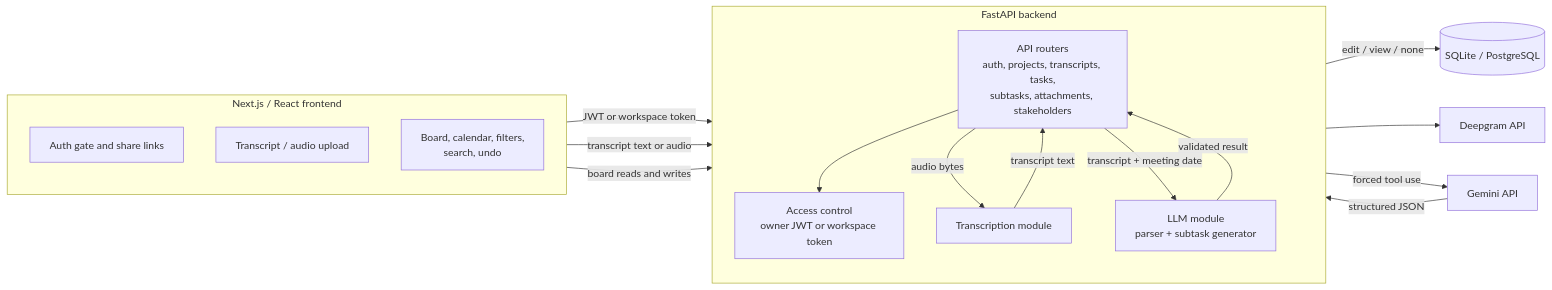
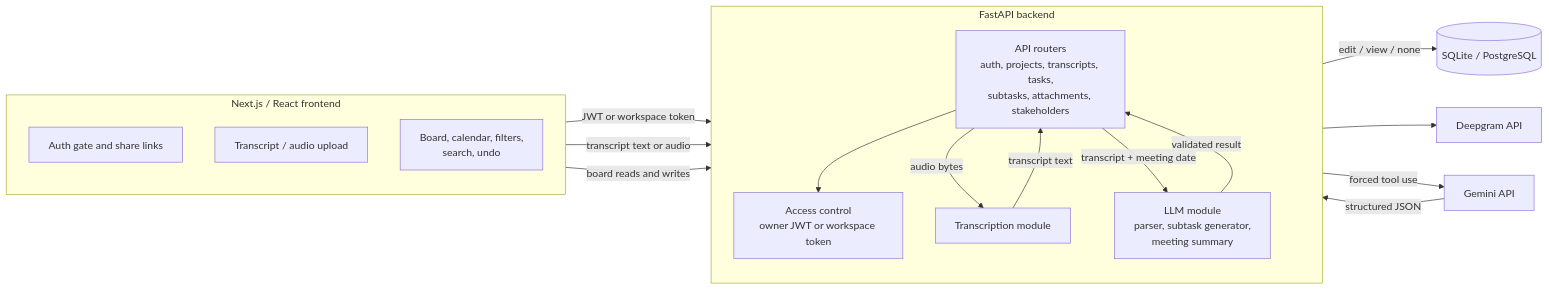
Before and after one commit to chinliong/meeting-orchestrator: the first of 3 diagrams in docs/architecture.md, drawn with Mermaid. The commit also changed other lines of this file and 12 other files, not shown here.

````diff
--- a/docs/architecture.md
+++ b/docs/architecture.md
@@ -27,34 +29,34 @@
 ```mermaid
 flowchart LR
     subgraph Client[Next.js / React frontend]
         direction TB
         A[Auth gate and share links]
         U[Transcript / audio upload]
         K[Board, calendar, filters,<br/>search, undo]
     end
 
     subgraph API[FastAPI backend]
         direction TB
         R[API routers<br/>auth, projects, transcripts, tasks,<br/>subtasks, attachments, stakeholders]
         AC[Access control<br/>owner JWT or workspace token]
-        L[LLM module<br/>parser + subtask generator]
+        L[LLM module<br/>parser, subtask generator,<br/>meeting summary]
         W[Transcription module]
     end
 
     DB[(SQLite / PostgreSQL)]
     G[Gemini API]
     D[Deepgram API]
 
     A -->|JWT or workspace token| R
     U -->|transcript text or audio| R
     K -->|board reads and writes| R
     R --> AC
     AC -->|edit / view / none| DB
     R -->|audio bytes| W
     W -->|transcript text| R
     W --> D
     R -->|transcript + meeting date| L
     L -->|forced tool use| G
     G -->|structured JSON| L
     L -->|validated result| R
 ```
````
